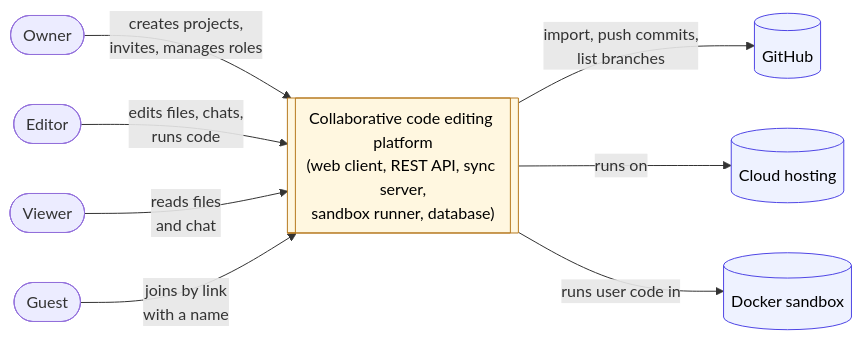
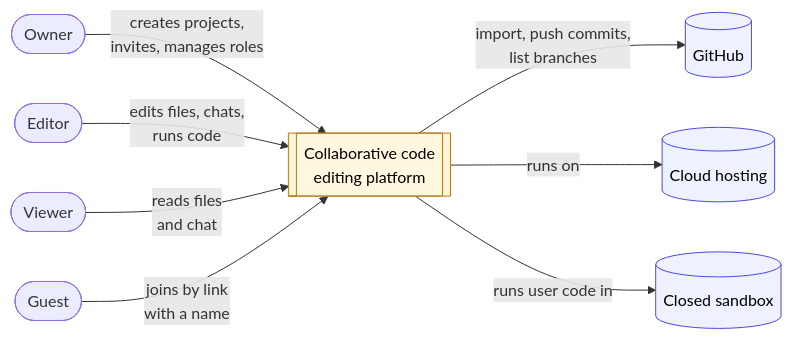
One commit to oCMEXo/my-Diplom changed the diagram in docs/ba/diagrams/context.mmd. Above: the diagram before and after it, drawn with Mermaid. The commit also changed 16 other files, not shown here.

```diff
--- a/docs/ba/diagrams/context.mmd
+++ b/docs/ba/diagrams/context.mmd
@@ -1,12 +1,12 @@
 flowchart LR
   owner([Owner]) -- creates projects,<br>invites, manages roles --> sys
   editor([Editor]) -- edits files, chats,<br>runs code --> sys
   viewer([Viewer]) -- reads files<br>and chat --> sys
   guest([Guest]) -- joins by link<br>with a name --> sys
-  sys[["Collaborative code editing platform<br>(web client, REST API, sync server,<br>sandbox runner, database)"]]
+  sys[["Collaborative code<br>editing platform"]]
   sys -- import, push commits,<br>list branches --> gh[(GitHub)]
   sys -- runs on --> cloud[(Cloud hosting)]
-  sys -- runs user code in --> docker[(Docker sandbox)]
+  sys -- runs user code in --> sandbox[(Closed sandbox)]
   classDef ext fill:#eef2ff,stroke:#4f46e5,color:#000
-  class gh,cloud,docker ext
+  class gh,cloud,sandbox ext
   style sys fill:#fff7e0,stroke:#b7791f,color:#000
```
